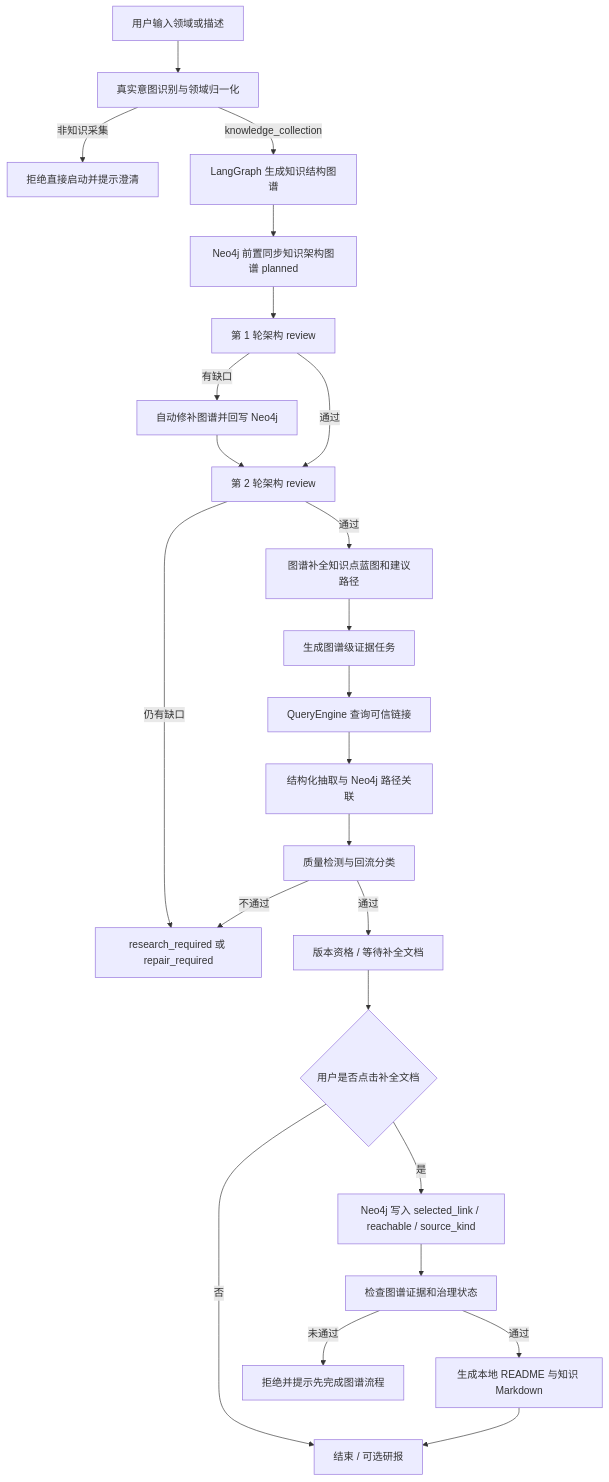
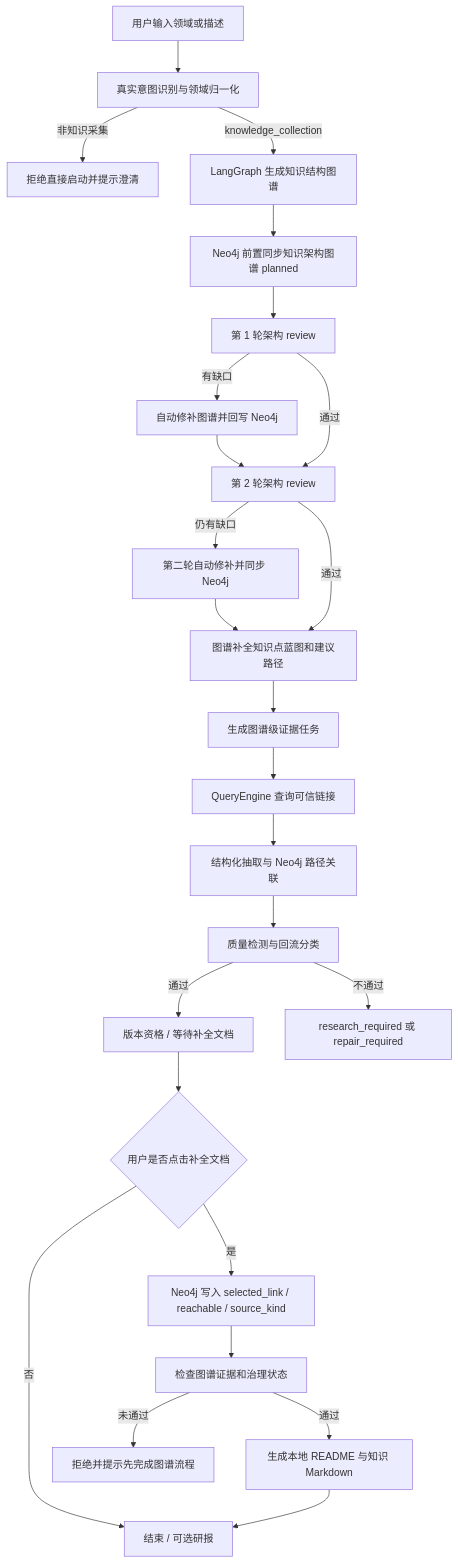
One commit to crabin/knowledgeforge changed the diagram in docs/项目需求.md. Above: the diagram before and after it, drawn with Mermaid. The commit also changed other lines of this file and 9 other files, not shown here.

````diff
--- a/docs/项目需求.md
+++ b/docs/项目需求.md
@@ -36,26 +36,27 @@
 ```mermaid
 flowchart TD
     A[用户输入领域或描述] --> B[真实意图识别与领域归一化]
     B -->|非知识采集| X[拒绝直接启动并提示澄清]
     B -->|knowledge_collection| C[LangGraph 生成知识结构图谱]
     C --> D[Neo4j 前置同步知识架构图谱 planned]
     D --> E[第 1 轮架构 review]
     E -->|有缺口| F[自动修补图谱并回写 Neo4j]
     F --> G[第 2 轮架构 review]
     E -->|通过| G
-    G -->|仍有缺口| O[repair_required 不生成本地文档]
+    G -->|仍有缺口| N[第二轮自动修补并同步 Neo4j]
+    N --> H
     G -->|通过| H[图谱补全知识点蓝图和建议路径]
     H --> I[生成图谱级证据任务]
     I --> J[QueryEngine 查询可信链接]
     J --> L[结构化抽取与 Neo4j 路径关联]
     L --> M[质量检测与回流分类]
     M -->|通过| V[版本资格 / 等待补全文档]
     M -->|不通过| O[research_required 或 repair_required]
     V --> P{用户是否点击补全文档}
     P -->|否| R[结束 / 可选研报]
     P -->|是| K[Neo4j 写入 selected_link / reachable / source_kind]
     K --> Q[检查图谱证据和治理状态]
     Q -->|通过| S[生成本地 README 与知识 Markdown]
     Q -->|未通过| T[拒绝并提示先完成图谱流程]
     S --> R
 ```
````
